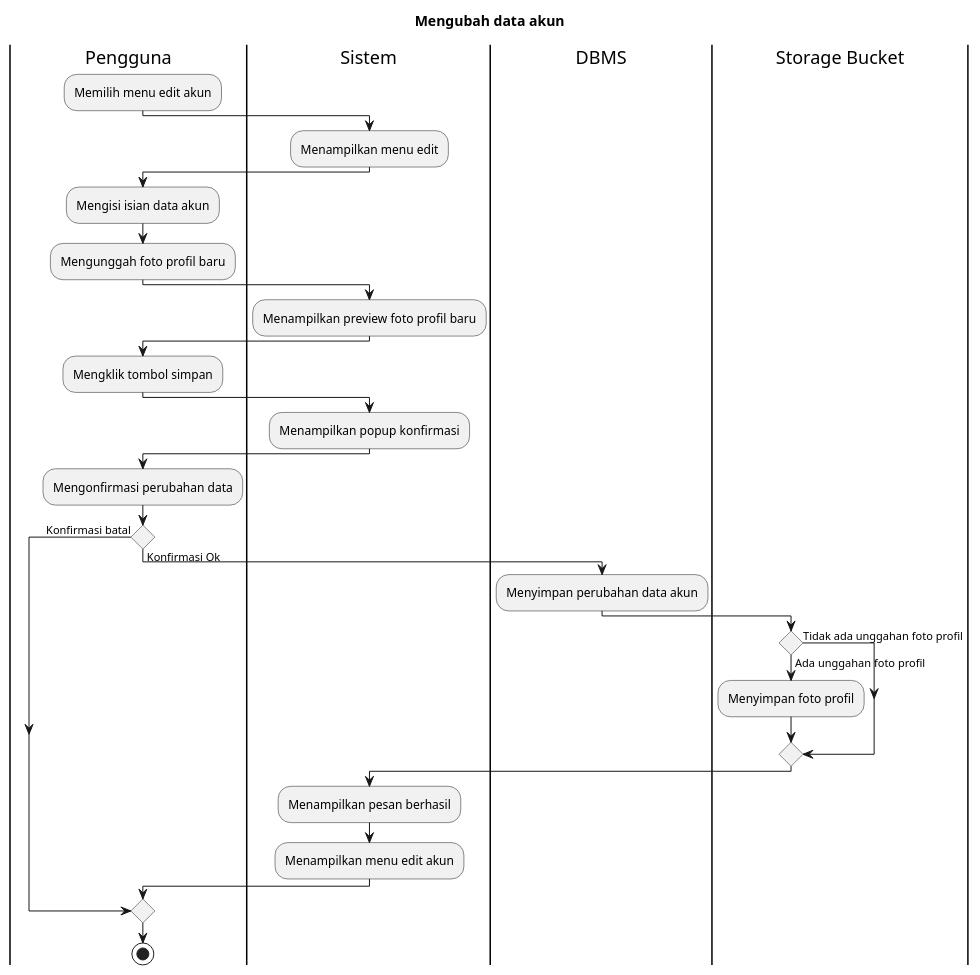
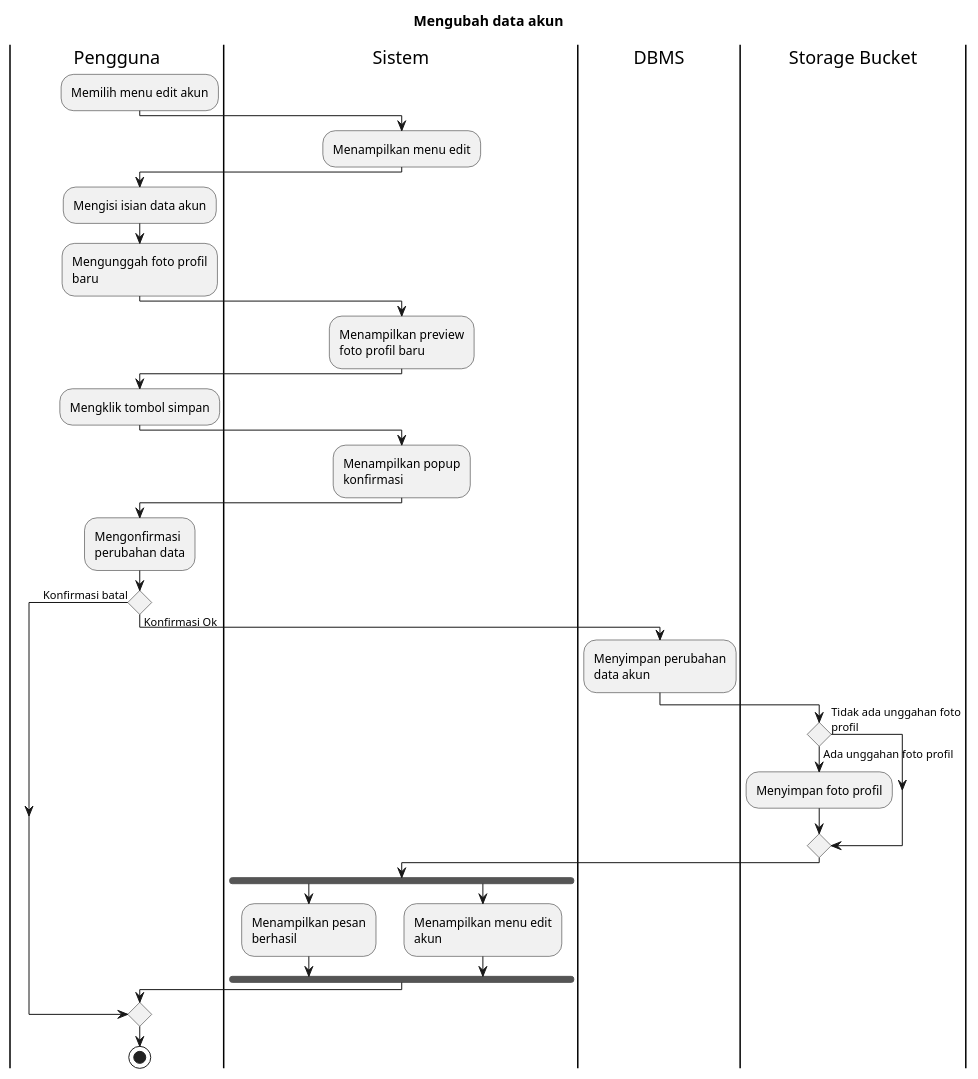
One commit to bagusNA/appl-diagrams changed the diagram in Activity Diagrams/UC-MGACCOUNT - Manajemen Akun/UC-MGACCOUNT-001 - Mengubah data akun.puml. Above: the diagram before and after it, drawn with PlantUML. The commit also changed 55 other files, not shown here.

```diff
--- a/Activity Diagrams/UC-MGACCOUNT - Manajemen Akun/UC-MGACCOUNT-001 - Mengubah data akun.puml
+++ b/Activity Diagrams/UC-MGACCOUNT - Manajemen Akun/UC-MGACCOUNT-001 - Mengubah data akun.puml
@@ -1,45 +1,50 @@
 @startuml UC-MGACCOUNT-001 - Mengubah data akun
+skinparam wrapWidth 140
+
 title Mengubah data akun
 
 |Pengguna|
 :Memilih menu edit akun;
 
 |Sistem|
 :Menampilkan menu edit;
 
 |Pengguna|
 :Mengisi isian data akun;
 :Mengunggah foto profil baru;
 
 |Sistem|
 :Menampilkan preview foto profil baru;
 
 |Pengguna|
 :Mengklik tombol simpan;
 
 |Sistem|
 :Menampilkan popup konfirmasi;
 
 |Pengguna|
 :Mengonfirmasi perubahan data;
 
 if () then (Konfirmasi batal)
 else (Konfirmasi Ok)
   |DBMS|
   :Menyimpan perubahan data akun;
 
   |Storage Bucket|
   if () then (Tidak ada unggahan foto profil)
   else (Ada unggahan foto profil)
     :Menyimpan foto profil;
   endif
 
   |Sistem|
-  :Menampilkan pesan berhasil;
-  :Menampilkan menu edit akun;
+  fork
+    :Menampilkan pesan berhasil;
+  fork again
+    :Menampilkan menu edit akun;
+  endfork
 endif
 
 |Pengguna|
 stop
 
 @enduml
```
